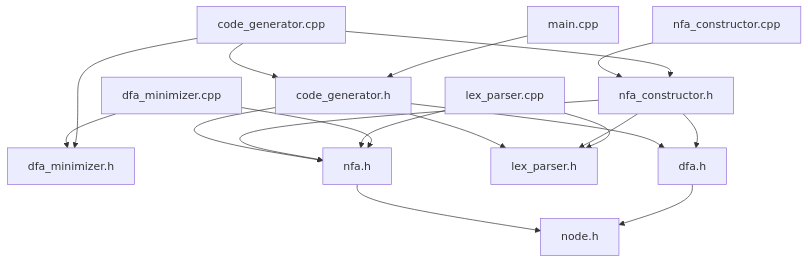
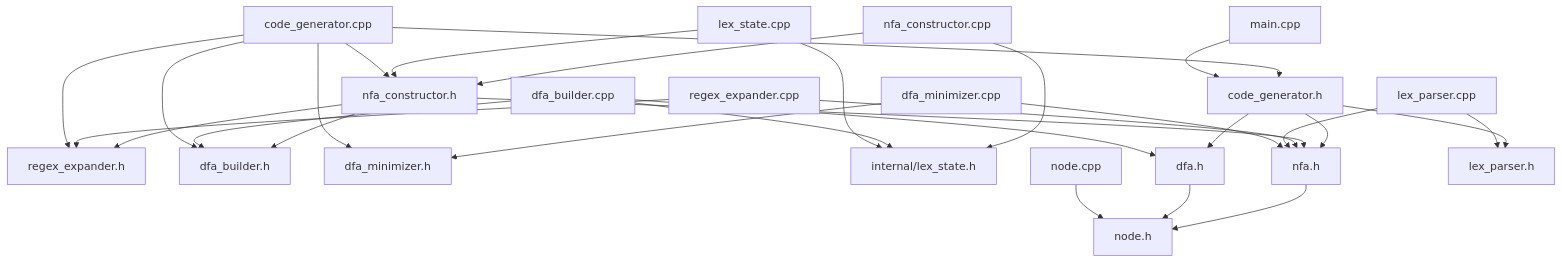
Before and after one commit to prestige12138/seuCompiler: the first of 7 diagrams in seuLex/docs/DEPENDENCY_GRAPH.md, drawn with Mermaid. The commit also changed other lines of this file and 273 other files, not shown here.

````diff
--- a/seuLex/docs/DEPENDENCY_GRAPH.md
+++ b/seuLex/docs/DEPENDENCY_GRAPH.md
@@ -5,20 +5,31 @@
 ```mermaid
 graph TD
   main_cpp[main.cpp] --> code_generator_h[code_generator.h]
   code_generator_cpp[code_generator.cpp] --> code_generator_h
+  code_generator_cpp --> regex_expander_h[regex_expander.h]
+  code_generator_cpp --> dfa_builder_h[dfa_builder.h]
   code_generator_cpp --> dfa_minimizer_h[dfa_minimizer.h]
   code_generator_cpp --> nfa_constructor_h[nfa_constructor.h]
+  lex_state_cpp[lex_state.cpp] --> nfa_constructor_h
+  lex_state_cpp --> lex_state_h[internal/lex_state.h]
+  node_cpp[node.cpp] --> node_h[node.h]
   dfa_minimizer_cpp[dfa_minimizer.cpp] --> dfa_minimizer_h
   dfa_minimizer_cpp --> nfa_h[nfa.h]
+  dfa_builder_cpp[dfa_builder.cpp] --> dfa_builder_h
+  dfa_builder_cpp --> dfa_h[dfa.h]
+  dfa_builder_cpp --> lex_state_h
   lex_parser_cpp[lex_parser.cpp] --> lex_parser_h[lex_parser.h]
   lex_parser_cpp --> nfa_h
+  regex_expander_cpp[regex_expander.cpp] --> regex_expander_h
+  regex_expander_cpp --> nfa_h
   nfa_constructor_cpp[nfa_constructor.cpp] --> nfa_constructor_h
-  nfa_constructor_h --> dfa_h[dfa.h]
-  nfa_constructor_h --> lex_parser_h
+  nfa_constructor_cpp --> lex_state_h
   nfa_constructor_h --> nfa_h
+  nfa_constructor_h --> regex_expander_h
+  nfa_constructor_h --> dfa_builder_h
   code_generator_h --> dfa_h
   code_generator_h --> lex_parser_h
   code_generator_h --> nfa_h
   dfa_h --> node_h[node.h]
   nfa_h --> node_h
 ```
````
